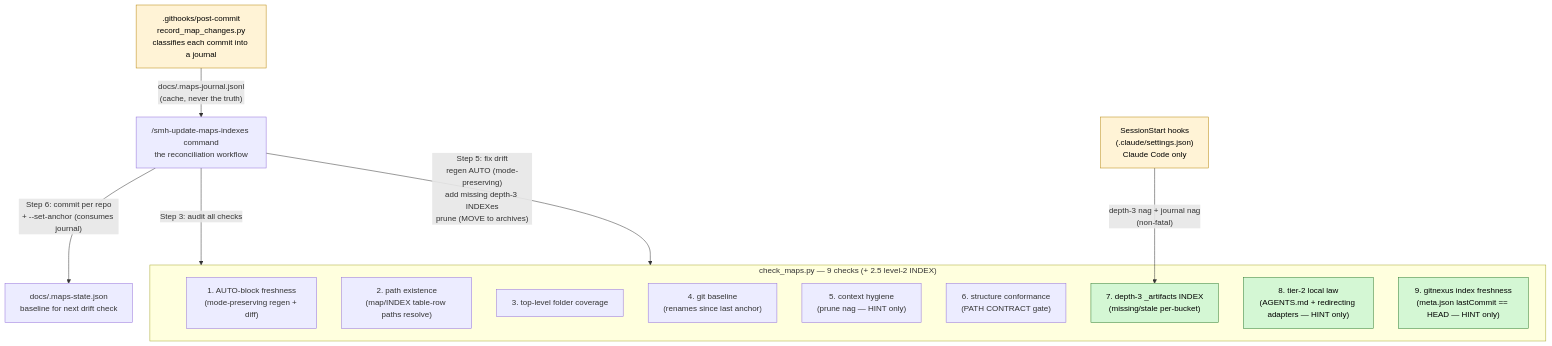
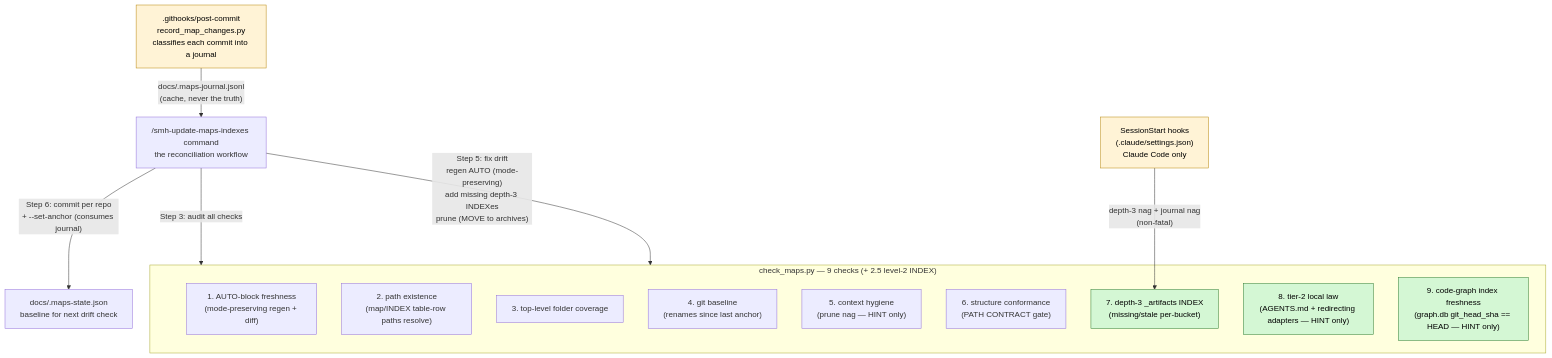
The fifth of 6 diagrams in docs/_scc_sops_prds/file_folder_structure+maintaining.md (sudomadhatter/Sudo_Hatter_Command), drawn with Mermaid before and after one commit. The commit also changed other lines of this file and 32 other files, not shown here.

````diff
--- a/docs/_scc_sops_prds/file_folder_structure+maintaining.md
+++ b/docs/_scc_sops_prds/file_folder_structure+maintaining.md
@@ -222,30 +222,30 @@
 ```mermaid
 flowchart TD
     subgraph LINTER ["check_maps.py — 9 checks (+ 2.5 level-2 INDEX)"]
         C1["1. AUTO-block freshness\n(mode-preserving regen + diff)"]
         C2["2. path existence\n(map/INDEX table-row paths resolve)"]
         C3["3. top-level folder coverage"]
         C4["4. git baseline\n(renames since last anchor)"]
         C5["5. context hygiene\n(prune nag — HINT only)"]
         C6["6. structure conformance\n(PATH CONTRACT gate)"]
         C7["7. depth-3 _artifacts INDEX\n(missing/stale per-bucket)"]
         C8["8. tier-2 local law\n(AGENTS.md + redirecting adapters — HINT only)"]
-        C9["9. gitnexus index freshness\n(meta.json lastCommit == HEAD — HINT only)"]
+        C9["9. code-graph index freshness\n(graph.db git_head_sha == HEAD — HINT only)"]
     end
 
     REC[".githooks/post-commit\nrecord_map_changes.py\nclassifies each commit into a journal"]
     REC -->|"docs/.maps-journal.jsonl\n(cache, never the truth)"| WORKFLOW
 
     HOOK["SessionStart hooks\n(.claude/settings.json)\nClaude Code only"]
     HOOK -->|"depth-3 nag + journal nag\n(non-fatal)"| C7
 
     WORKFLOW["/smh-update-maps-indexes command\nthe reconciliation workflow"]
     WORKFLOW -->|"Step 3: audit all checks"| LINTER
     WORKFLOW -->|"Step 5: fix drift\nregen AUTO (mode-preserving)\nadd missing depth-3 INDEXes\nprune (MOVE to archives)"| LINTER
     WORKFLOW -->|"Step 6: commit per repo\n+ --set-anchor (consumes journal)"| ANCHOR["docs/.maps-state.json\nbaseline for next drift check"]
 
     classDef hook fill:#fff3d6,stroke:#b8860b,color:#000
     classDef depth3 fill:#d4f7d4,stroke:#2e7d32,color:#000
     class HOOK,REC hook
     class C7,C8,C9 depth3
 ```
````
